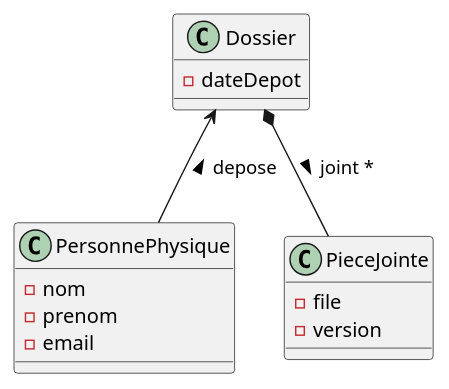
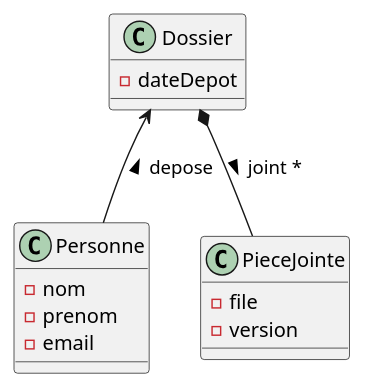
One commit to MTES-MCT/declaration-travaux-api changed the diagram in src/main/docs/model.puml. Above: the diagram before and after it, drawn with PlantUML. The commit also changed 30 other files, not shown here.

Commit message:
PersonnePhysique renommée en Personne

```diff
--- a/src/main/docs/model.puml
+++ b/src/main/docs/model.puml
@@ -1,16 +1,16 @@
 @startuml RIEAU
-class PersonnePhysique {
+class Personne {
     - nom
     - prenom
     - email
 }
 class Dossier {
     - dateDepot
 }
 class PieceJointe {
     - file
     - version
 }
 Dossier *-- PieceJointe: joint * >
-Dossier <-- PersonnePhysique: depose <
+Dossier <-- Personne: depose <
 @enduml
```
